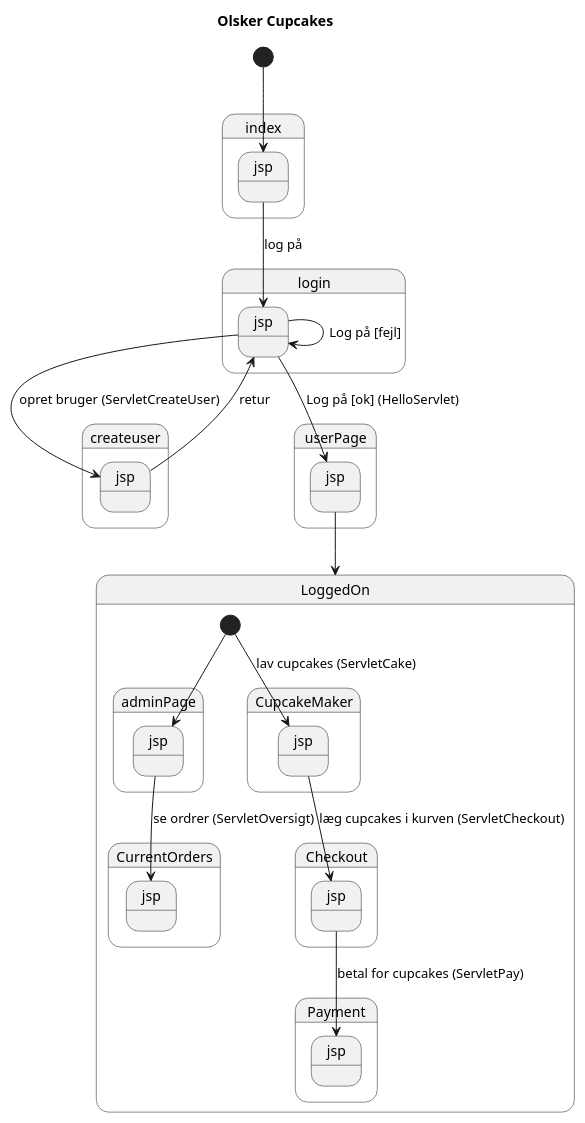
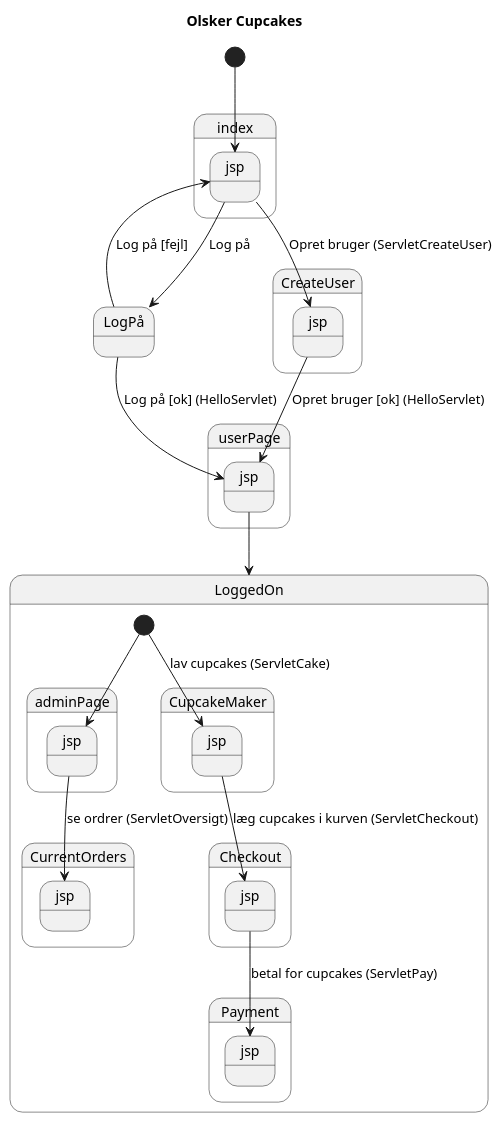
The diagram in src/main/webapp/plantuml/navigationsdiagram.puml (VivekNagra/cupcake), drawn with PlantUML before and after one commit.

Commit message:
<Christian diagram ændring>

```diff
--- a/src/main/webapp/plantuml/navigationsdiagram.puml
+++ b/src/main/webapp/plantuml/navigationsdiagram.puml
@@ -1,36 +1,36 @@
 @startuml
 
 Title Olsker Cupcakes
 
 state index.jsp
-state login.jsp
-state createuser.jsp
+state CreateUser.jsp
 state userPage.jsp
+state LogPå
 
 [*] --> index.jsp
-index.jsp --> login.jsp: log på
-login.jsp --> createuser.jsp: opret bruger (ServletCreateUser)
-createuser.jsp --> login.jsp: retur
-login.jsp --> login.jsp: Log på [fejl]
-login.jsp --> userPage.jsp: Log på [ok] (HelloServlet)
+index.jsp --> LogPå: Log på
+LogPå --> index.jsp: Log på [fejl]
+LogPå --> userPage.jsp: Log på [ok] (HelloServlet)
+index.jsp --> CreateUser.jsp: Opret bruger (ServletCreateUser)
+CreateUser.jsp --> userPage.jsp: Opret bruger [ok] (HelloServlet)
 userPage.jsp --> LoggedOn
 
 state LoggedOn {
     state adminPage.jsp
     state CurrentOrders.jsp
     state CupcakeMaker.jsp
     state Checkout.jsp
     state Payment.jsp
 
     [*] --> adminPage.jsp
     adminPage.jsp --> CurrentOrders.jsp: se ordrer (ServletOversigt)
     [*] --> CupcakeMaker.jsp: lav cupcakes (ServletCake)
     CupcakeMaker.jsp --> Checkout.jsp: læg cupcakes i kurven (ServletCheckout)
     Checkout.jsp --> Payment.jsp: betal for cupcakes (ServletPay)
 
 
 
 }
 
 
 @enduml
```
